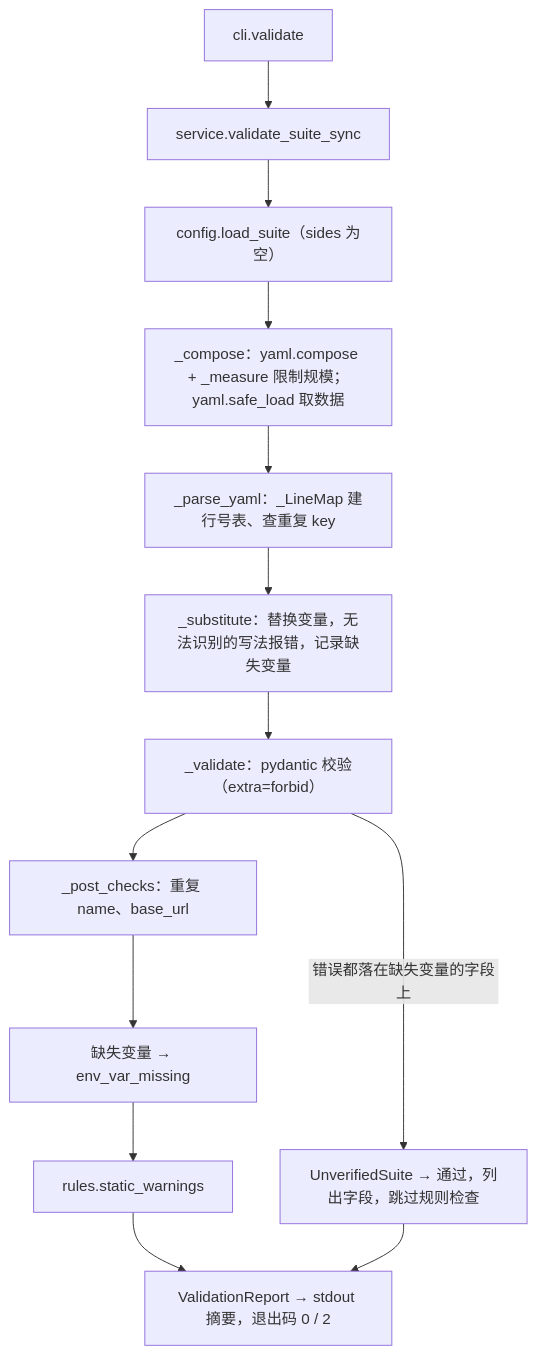
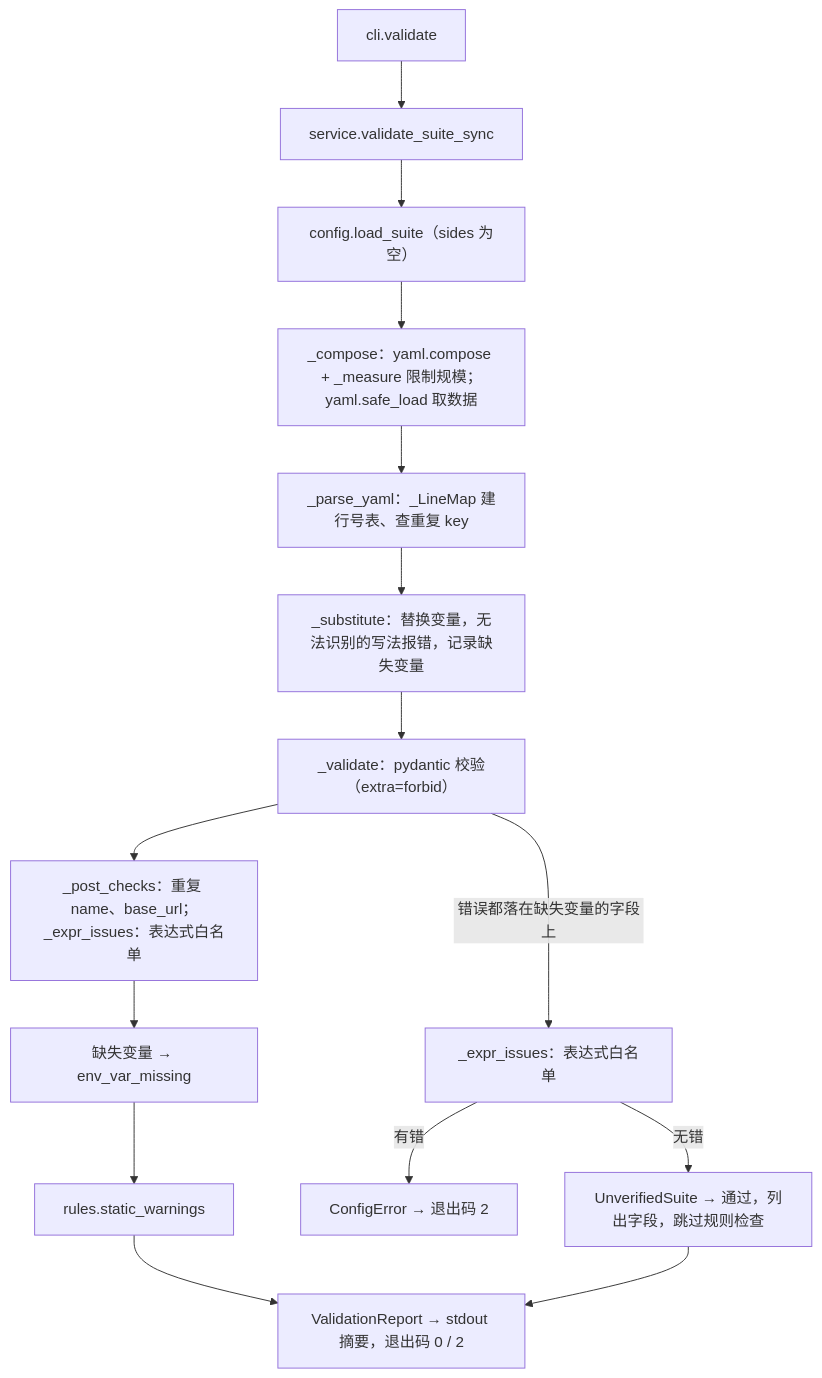
Before and after one commit to caiuswang/api-regress: the second of 3 diagrams in doc/dev/architecture.md, drawn with Mermaid. The commit also changed other lines of this file and 10 other files, not shown here.

````diff
--- a/doc/dev/architecture.md
+++ b/doc/dev/architecture.md
@@ -50,15 +56,17 @@
 ```mermaid
 flowchart TD
   A[cli.validate] --> B[service.validate_suite_sync]
   B --> C["config.load_suite（sides 为空）"]
   C --> C0["_compose：yaml.compose + _measure 限制规模；yaml.safe_load 取数据"]
   C0 --> C1["_parse_yaml：_LineMap 建行号表、查重复 key"]
   C1 --> C2["_substitute：替换变量，无法识别的写法报错，记录缺失变量"]
   C2 --> C3["_validate：pydantic 校验（extra=forbid）"]
-  C3 -->|错误都落在缺失变量的字段上| U["UnverifiedSuite → 通过，列出字段，跳过规则检查"]
-  C3 --> C4["_post_checks：重复 name、base_url"]
+  C3 -->|错误都落在缺失变量的字段上| X["_expr_issues：表达式白名单"]
+  X -->|无错| U["UnverifiedSuite → 通过，列出字段，跳过规则检查"]
+  X -->|有错| ERR["ConfigError → 退出码 2"]
+  C3 --> C4["_post_checks：重复 name、base_url；_expr_issues：表达式白名单"]
   C4 --> D["缺失变量 → env_var_missing"]
   D --> E["rules.static_warnings"]
   E --> F["ValidationReport → stdout 摘要，退出码 0 / 2"]
   U --> F
 ```
````
